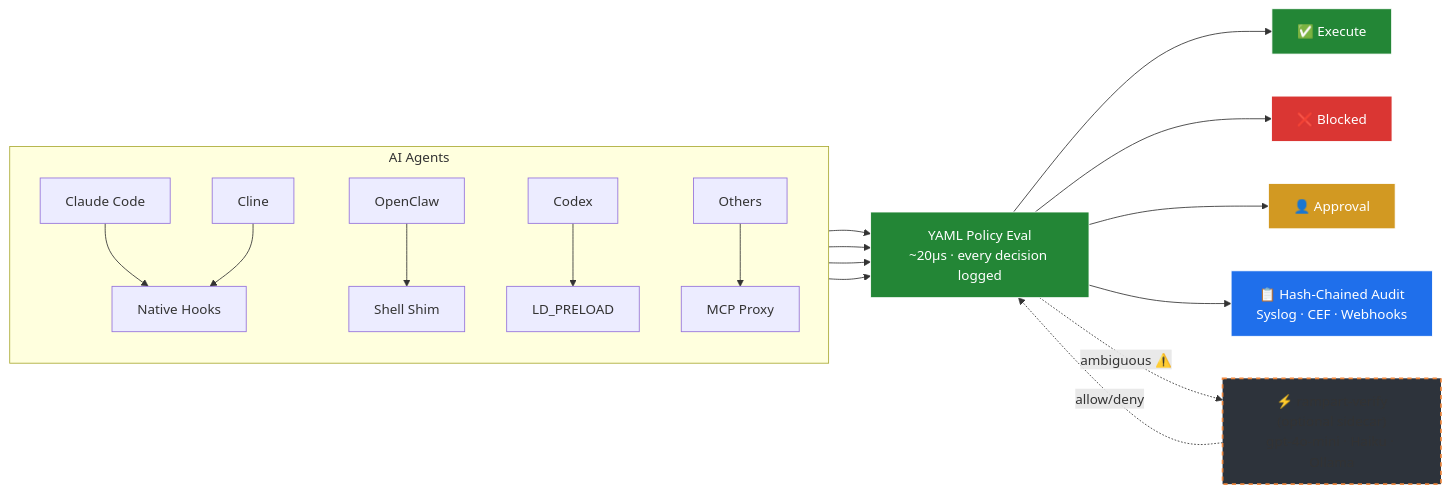
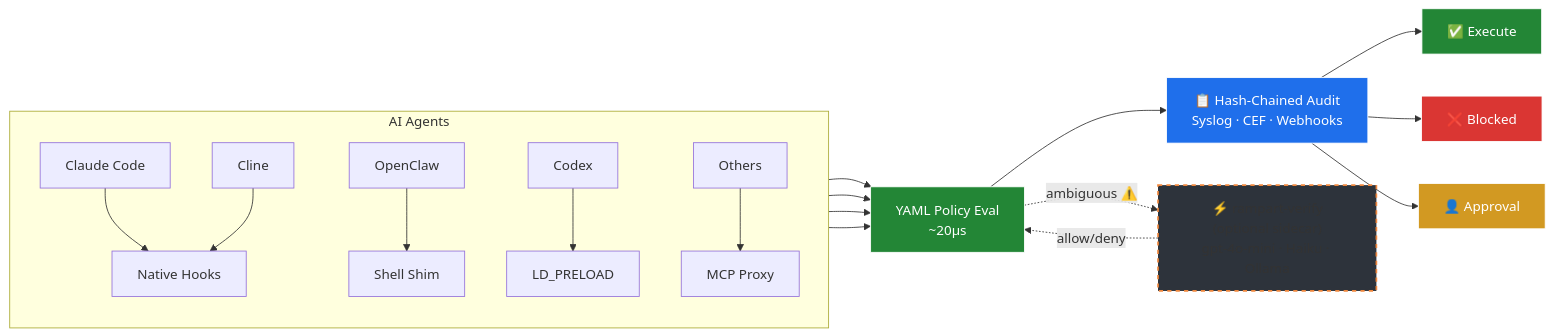
Before and after one commit to peg/rampart: the first of 2 diagrams in README.md, drawn with Mermaid.

Commit message:
docs: audit as required step between eval and decisions

````diff
--- a/README.md
+++ b/README.md
@@ -21,28 +21,28 @@
 ```mermaid
 graph LR
     subgraph "AI Agents"
         direction TB
         CC[Claude Code] & CL[Cline] --> H[Native Hooks]
         OC[OpenClaw] --> S[Shell Shim]
         CX[Codex] --> P[LD_PRELOAD]
         O[Others] --> M[MCP Proxy]
     end
 
-    H & S & P & M --> PE[YAML Policy Eval<br/>~20μs · every decision logged]
-
-    PE --> PASS[✅ Execute]
-    PE --> BLOCK[❌ Blocked]
-    PE --> APR[👤 Approval]
+    H & S & P & M --> PE[YAML Policy Eval<br/>~20μs]
 
     PE --> AU[📋 Hash-Chained Audit<br/>Syslog · CEF · Webhooks]
+
+    AU --> PASS[✅ Execute]
+    AU --> BLOCK[❌ Blocked]
+    AU --> APR[👤 Approval]
 
     PE -. "ambiguous ⚠️" .-> SB["⚡ rampart-verify<br/>(optional sidecar)<br/>gpt-4o-mini · Haiku · Ollama"]
     SB -. allow/deny .-> PE
 
     style PE fill:#238636,stroke:#fff,color:#fff
+    style AU fill:#1f6feb,stroke:#fff,color:#fff
     style BLOCK fill:#da3633,stroke:#fff,color:#fff
     style APR fill:#d29922,stroke:#fff,color:#fff
     style PASS fill:#238636,stroke:#fff,color:#fff
-    style AU fill:#1f6feb,stroke:#fff,color:#fff
     style SB fill:#2d333b,stroke:#f0883e,stroke-width:2px,stroke-dasharray: 5 5
 ```
````
